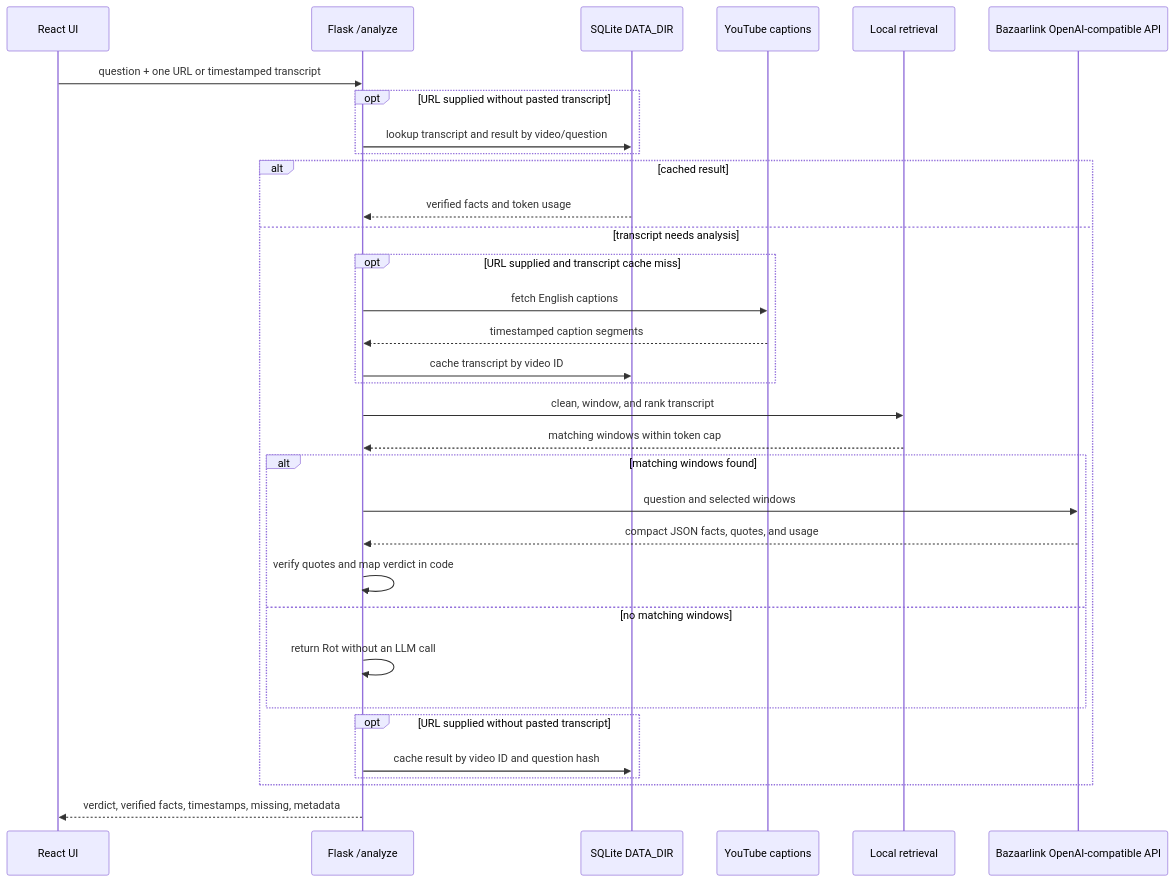
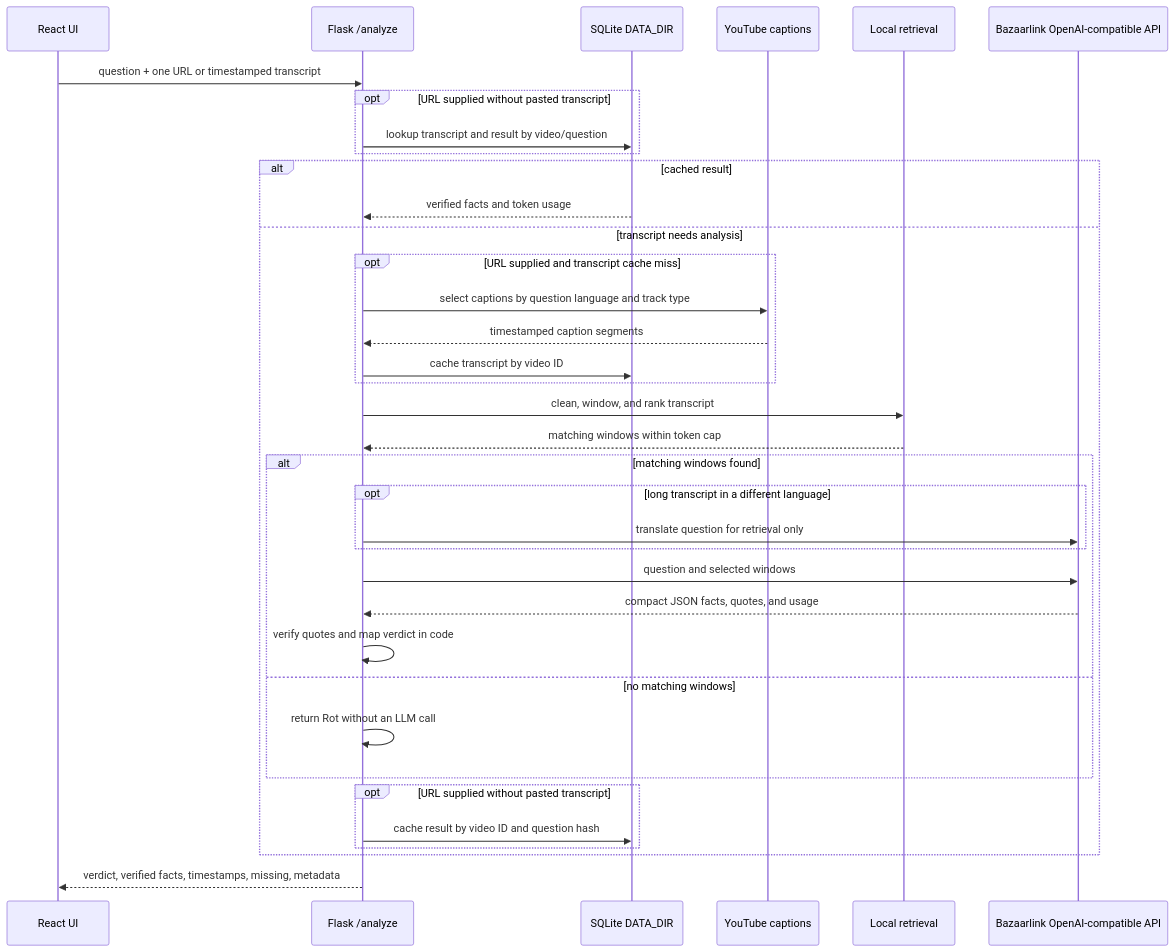
The first of 2 diagrams in docs/architecture.md (Azizshahiwala/WorthRot), drawn with Mermaid before and after one commit. The commit also changed other lines of this file and 45 other files, not shown here.

````diff
--- a/docs/architecture.md
+++ b/docs/architecture.md
@@ -94,35 +108,38 @@
 ```mermaid
 sequenceDiagram
     participant UI as React UI
     participant API as Flask /analyze
     participant Cache as SQLite DATA_DIR
     participant YT as YouTube captions
     participant Rank as Local retrieval
     participant LLM as Bazaarlink OpenAI-compatible API
     UI->>API: question + one URL or timestamped transcript
     opt URL supplied without pasted transcript
         API->>Cache: lookup transcript and result by video/question
     end
     alt cached result
         Cache-->>API: verified facts and token usage
     else transcript needs analysis
         opt URL supplied and transcript cache miss
-            API->>YT: fetch English captions
+            API->>YT: select captions by question language and track type
             YT-->>API: timestamped caption segments
             API->>Cache: cache transcript by video ID
         end
         API->>Rank: clean, window, and rank transcript
         Rank-->>API: matching windows within token cap
         alt matching windows found
+            opt long transcript in a different language
+                API->>LLM: translate question for retrieval only
+            end
             API->>LLM: question and selected windows
             LLM-->>API: compact JSON facts, quotes, and usage
             API->>API: verify quotes and map verdict in code
         else no matching windows
             API->>API: return Rot without an LLM call
         end
         opt URL supplied without pasted transcript
             API->>Cache: cache result by video ID and question hash
         end
     end
     API-->>UI: verdict, verified facts, timestamps, missing, metadata
 ```
````
